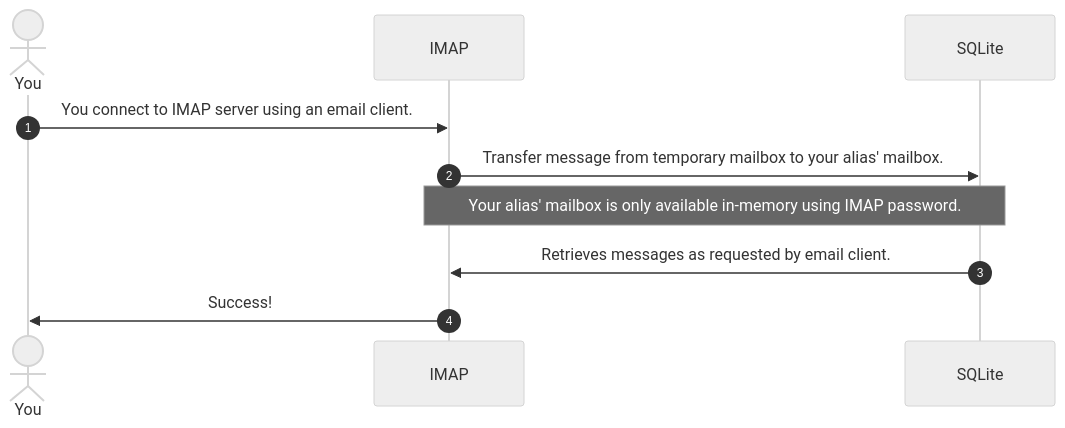
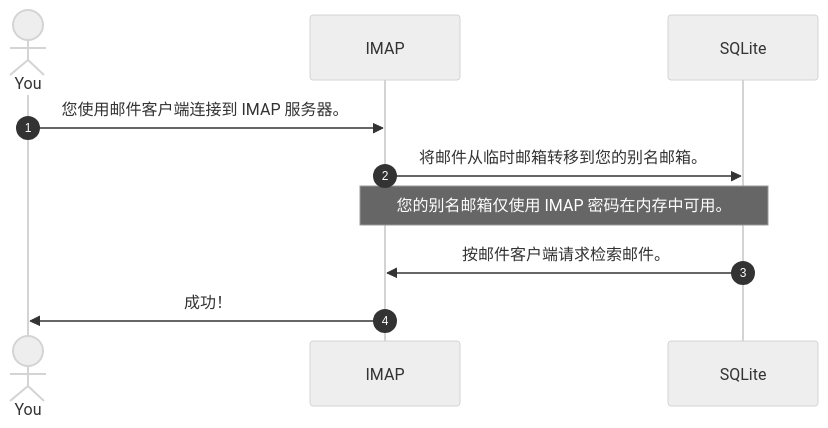
Before and after one commit to forwardemail/forwardemail.net: the second of 2 diagrams in app/views/docs/best-quantum-safe-encrypted-email-service/index-zh.md, drawn with Mermaid (neutral theme). The commit also changed other lines of this file and 1055 other files, not shown here.

````diff
--- a/app/views/docs/best-quantum-safe-encrypted-email-service/index-zh.md
+++ b/app/views/docs/best-quantum-safe-encrypted-email-service/index-zh.md
@@ -80,10 +83,10 @@
      ```mermaid
      sequenceDiagram
          autonumber
          actor You
-         You->>IMAP: You connect to IMAP server using an email client.
-         IMAP->>SQLite: Transfer message from temporary mailbox to your alias' mailbox.
-         Note over IMAP,SQLite: Your alias' mailbox is only available in-memory using IMAP password.
-         SQLite->>IMAP: Retrieves messages as requested by email client.
-         IMAP->>You: Success!
+         You->>IMAP: 您使用邮件客户端连接到 IMAP 服务器。
+         IMAP->>SQLite: 将邮件从临时邮箱转移到您的别名邮箱。
+         Note over IMAP,SQLite: 您的别名邮箱仅使用 IMAP 密码在内存中可用。
+         SQLite->>IMAP: 按邮件客户端请求检索邮件。
+         IMAP->>You: 成功！
      ```
````
